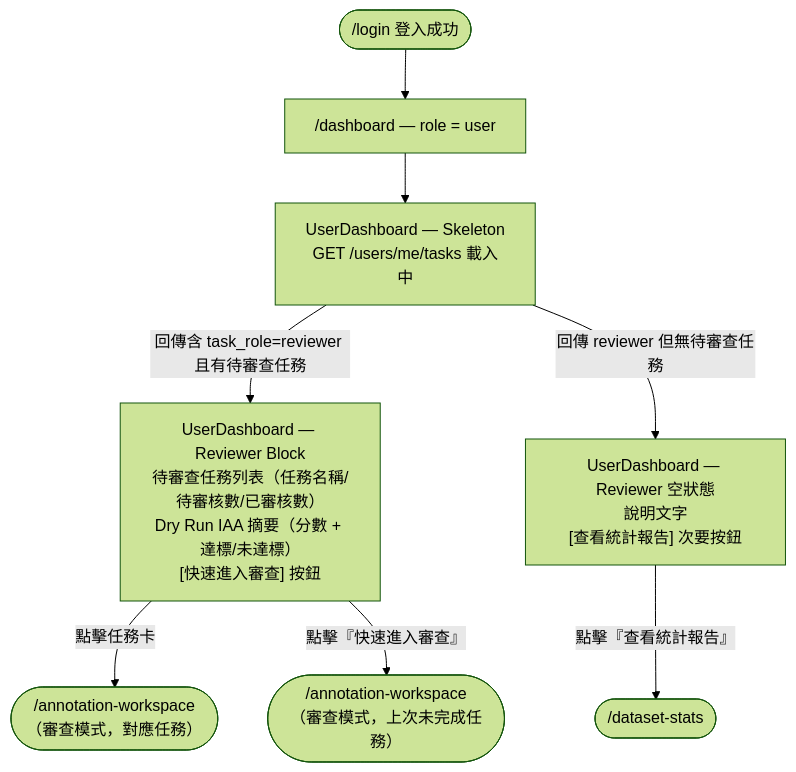
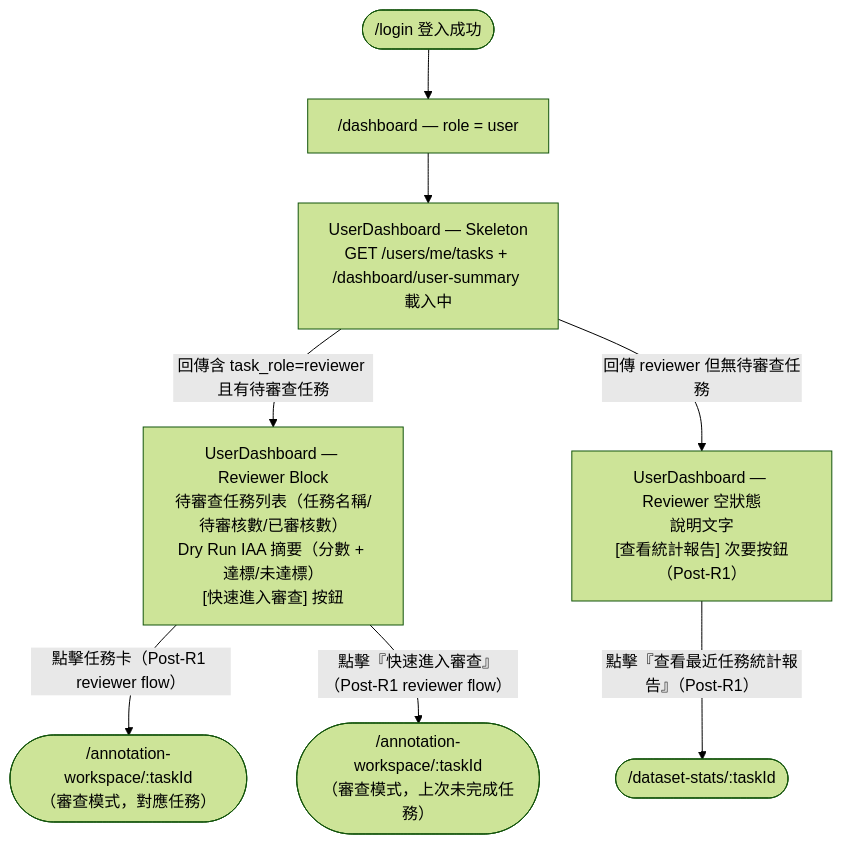
One commit to singyichen/label-suite changed the seventh of 7 diagrams in specs/dashboard/012-dashboard/spec.md. Above: the diagram before and after it, drawn with Mermaid (forest theme). The commit also changed other lines of this file and 19 other files, not shown here.

First line of the commit message:
feat(prototype): role-based demo flow — login role selector + proto-bar (#29)

````diff
--- a/specs/dashboard/012-dashboard/spec.md
+++ b/specs/dashboard/012-dashboard/spec.md
@@ -297,10 +340,10 @@
 ```mermaid
 flowchart TD
     A(["/login 登入成功"]) --> B["/dashboard — role = user"]
-    B --> C["UserDashboard — Skeleton\nGET /users/me/tasks 載入中"]
+    B --> C["UserDashboard — Skeleton\nGET /users/me/tasks + /dashboard/user-summary 載入中"]
     C -->|"回傳含 task_role=reviewer 且有待審查任務"| D["UserDashboard — Reviewer Block\n待審查任務列表（任務名稱/待審核數/已審核數）\nDry Run IAA 摘要（分數 + 達標/未達標）\n[快速進入審查] 按鈕"]
-    C -->|"回傳 reviewer 但無待審查任務"| E["UserDashboard — Reviewer 空狀態\n說明文字\n[查看統計報告] 次要按鈕"]
-    D -->|"點擊任務卡"| F(["/annotation-workspace\n（審查模式，對應任務）"])
-    D -->|"點擊『快速進入審查』"| G(["/annotation-workspace\n（審查模式，上次未完成任務）"])
-    E -->|"點擊『查看統計報告』"| H(["/dataset-stats"])
+    C -->|"回傳 reviewer 但無待審查任務"| E["UserDashboard — Reviewer 空狀態\n說明文字\n[查看統計報告] 次要按鈕（Post-R1）"]
+    D -->|"點擊任務卡（Post-R1 reviewer flow）"| F(["/annotation-workspace/:taskId\n（審查模式，對應任務）"])
+    D -->|"點擊『快速進入審查』（Post-R1 reviewer flow）"| G(["/annotation-workspace/:taskId\n（審查模式，上次未完成任務）"])
+    E -->|"點擊『查看最近任務統計報告』（Post-R1）"| H(["/dataset-stats/:taskId"])
 ```
````
